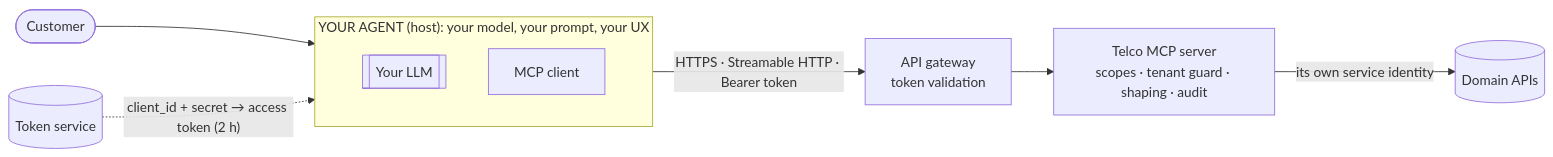
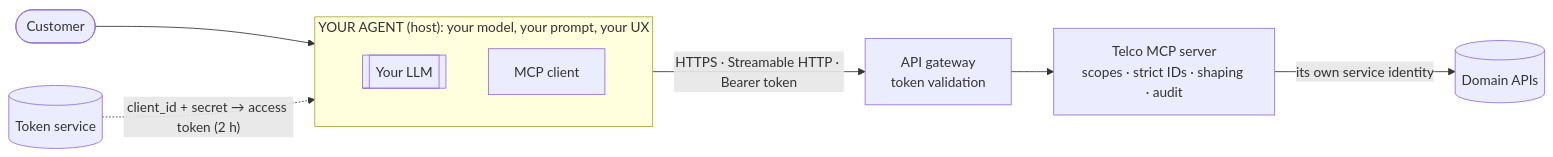
One commit to teja1989/Intel-Inteligence-mcp changed the diagram in docs/06-external-agents.md. Above: the diagram before and after it, drawn with Mermaid. The commit also changed other lines of this file and 72 other files, not shown here.

````diff
--- a/docs/06-external-agents.md
+++ b/docs/06-external-agents.md
@@ -20,12 +20,12 @@
 ```mermaid
 flowchart LR
     C([Customer]) --> A
     subgraph A["YOUR AGENT (host): your model, your prompt, your UX"]
         LLM[[Your LLM]]
         MC[MCP client]
     end
     TS[(Token service)] -. "client_id + secret → access token (2 h)" .-> A
     A -- "HTTPS · Streamable HTTP · Bearer token" --> GW[API gateway<br/>token validation]
-    GW --> S["Telco MCP server<br/>scopes · tenant guard · shaping · audit"]
+    GW --> S["Telco MCP server<br/>scopes · strict IDs · shaping · audit"]
     S -- "its own service identity" --> B[(Domain APIs)]
 ```
````
